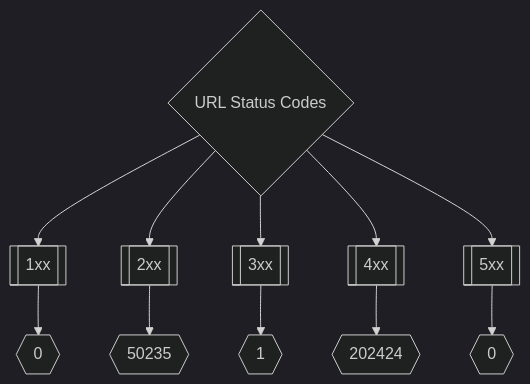
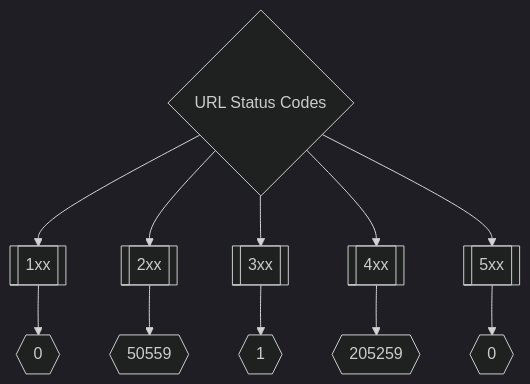
Before and after one commit to trickest/inventory: the second of 3 diagrams in README.md, drawn with Mermaid (dark theme). The commit also changed other lines of this file and 123 other files, not shown here.

````diff
--- a/README.md
+++ b/README.md
@@ -173,8 +173,8 @@
 ```mermaid
 graph TD
 title{URL Status Codes} --> 1xx[[1xx]] --> status1xxNum{{0}}
-title --> 2xx[[2xx]] --> status2xxNum{{50235}}
+title --> 2xx[[2xx]] --> status2xxNum{{50559}}
 title --> 3xx[[3xx]] --> status3xxNum{{1}}
-title --> 4xx[[4xx]] --> status4xxNum{{202424}}
+title --> 4xx[[4xx]] --> status4xxNum{{205259}}
 title --> 5xx[[5xx]] --> status5xxNum{{0}}
 ```
````
